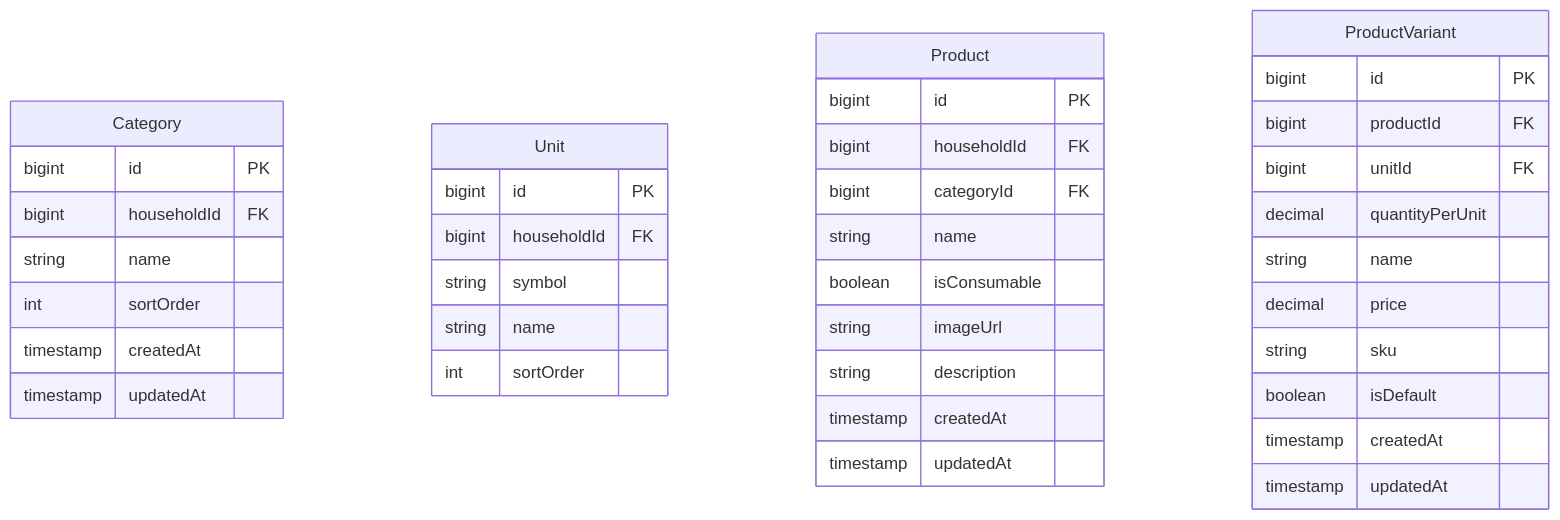
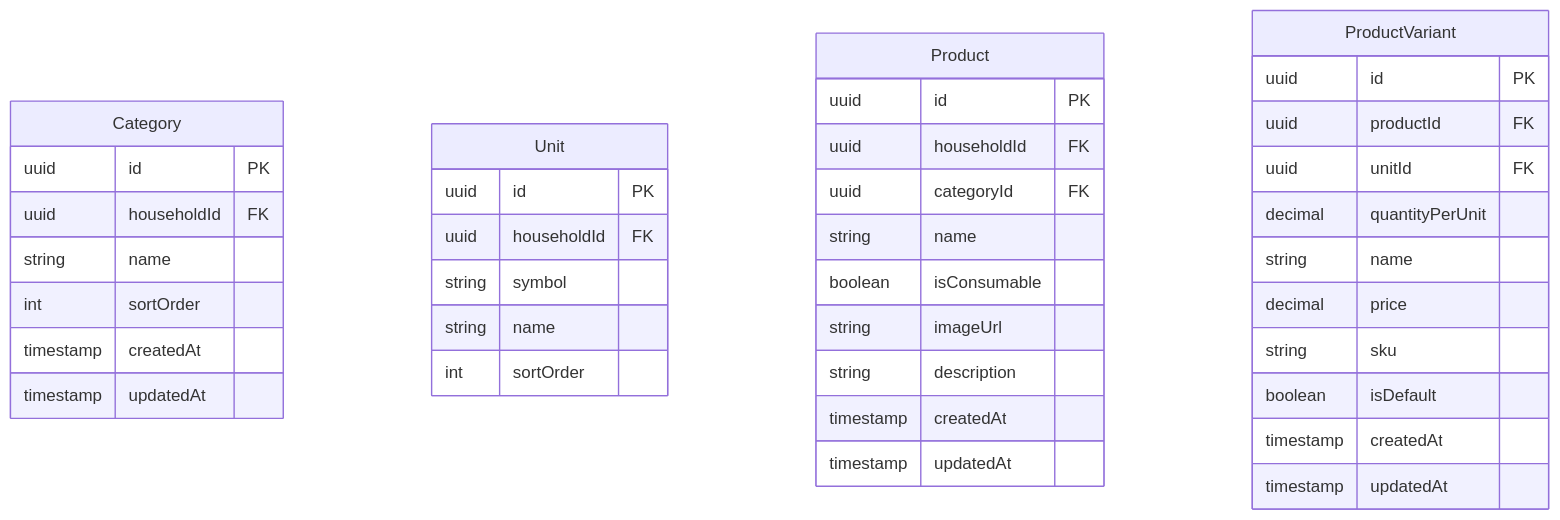
Before and after one commit to wukdddang/home-inventory-manager: the fourth of 7 diagrams in docs/design/v2/entity-logical-design.md, drawn with Mermaid. The commit also changed other lines of this file and 2 other files, not shown here.

First line of the commit message:
docs: 논리적 설계 PK/FK bigint→uuid 일괄 수정 및 인프라 문서 갱신

````diff
--- a/docs/design/v2/entity-logical-design.md
+++ b/docs/design/v2/entity-logical-design.md
@@ -212,41 +212,41 @@
 ```mermaid
 erDiagram
     Category {
-        bigint id PK
-        bigint householdId FK
+        uuid id PK
+        uuid householdId FK
         string name
         int sortOrder
         timestamp createdAt
         timestamp updatedAt
     }
     Unit {
-        bigint id PK
-        bigint householdId FK
+        uuid id PK
+        uuid householdId FK
         string symbol
         string name
         int sortOrder
     }
     Product {
-        bigint id PK
-        bigint householdId FK
-        bigint categoryId FK
+        uuid id PK
+        uuid householdId FK
+        uuid categoryId FK
         string name
         boolean isConsumable
         string imageUrl
         string description
         timestamp createdAt
         timestamp updatedAt
     }
     ProductVariant {
-        bigint id PK
-        bigint productId FK
-        bigint unitId FK
+        uuid id PK
+        uuid productId FK
+        uuid unitId FK
         decimal quantityPerUnit
         string name
         decimal price
         string sku
         boolean isDefault
         timestamp createdAt
         timestamp updatedAt
     }
 ```
````
